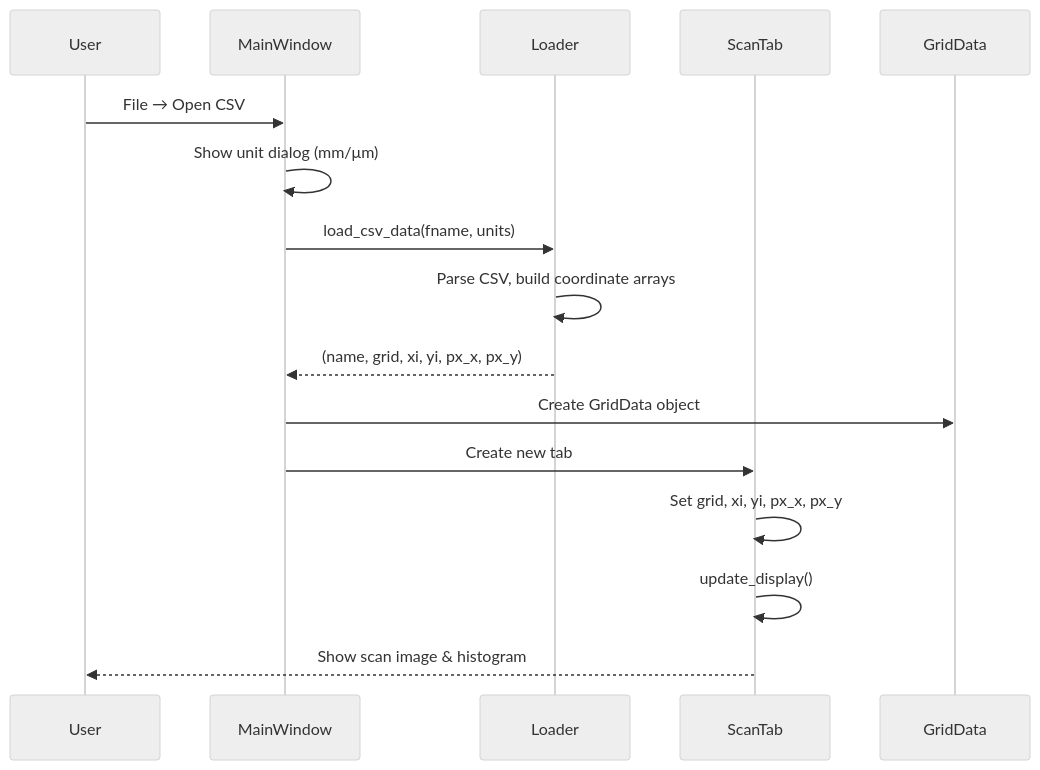
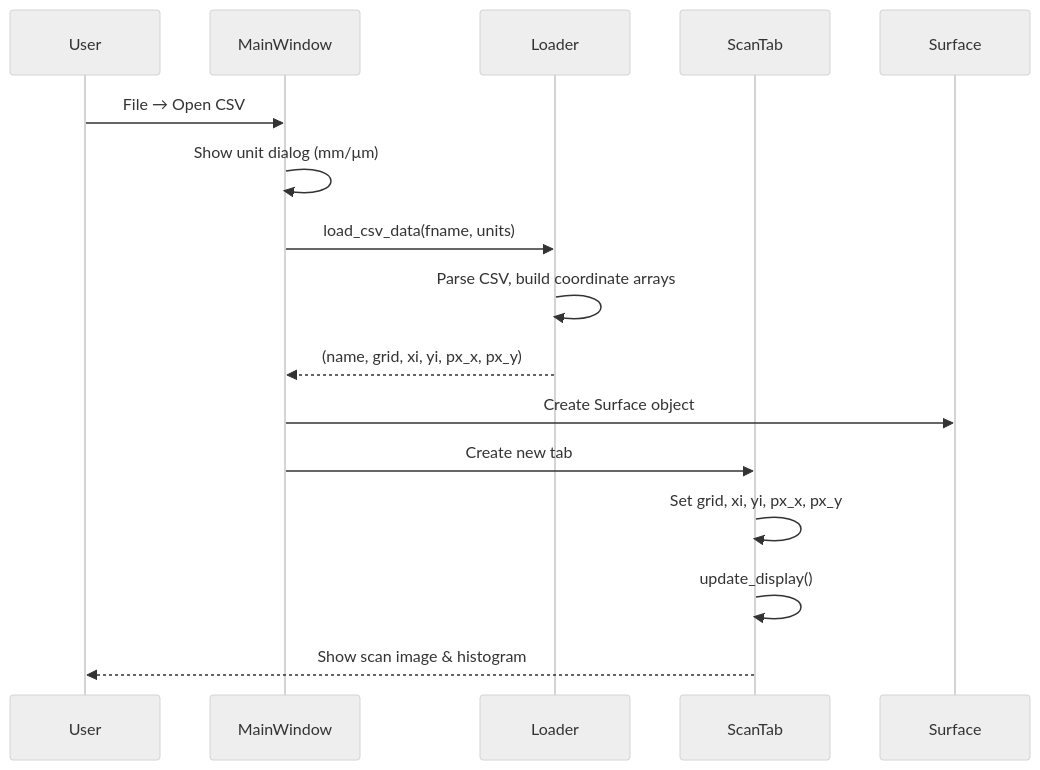
One commit to iitis/frasta changed the second of 4 diagrams in ARCHITECTURE.md. Above: the diagram before and after it, drawn with Mermaid (neutral theme). The commit also changed other lines of this file and 22 other files, not shown here.

````diff
--- a/ARCHITECTURE.md
+++ b/ARCHITECTURE.md
@@ -329,19 +338,19 @@
 ```mermaid
 sequenceDiagram
     participant User
     participant MainWindow
     participant Loader
     participant ScanTab
-    participant GridData
+    participant Surface
     
     User->>MainWindow: File → Open CSV
     MainWindow->>MainWindow: Show unit dialog (mm/μm)
     MainWindow->>Loader: load_csv_data(fname, units)
     Loader->>Loader: Parse CSV, build coordinate arrays
     Loader-->>MainWindow: (name, grid, xi, yi, px_x, px_y)
-    MainWindow->>GridData: Create GridData object
+    MainWindow->>Surface: Create Surface object
     MainWindow->>ScanTab: Create new tab
     ScanTab->>ScanTab: Set grid, xi, yi, px_x, px_y
     ScanTab->>ScanTab: update_display()
     ScanTab-->>User: Show scan image & histogram
 ```
````
